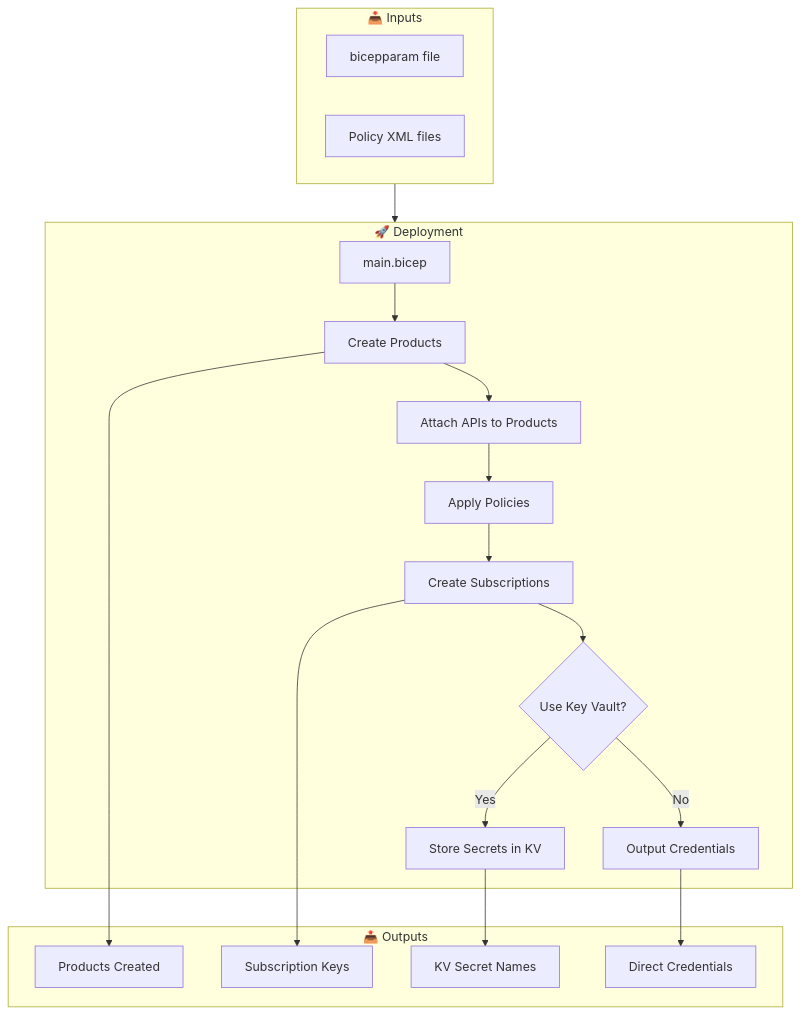
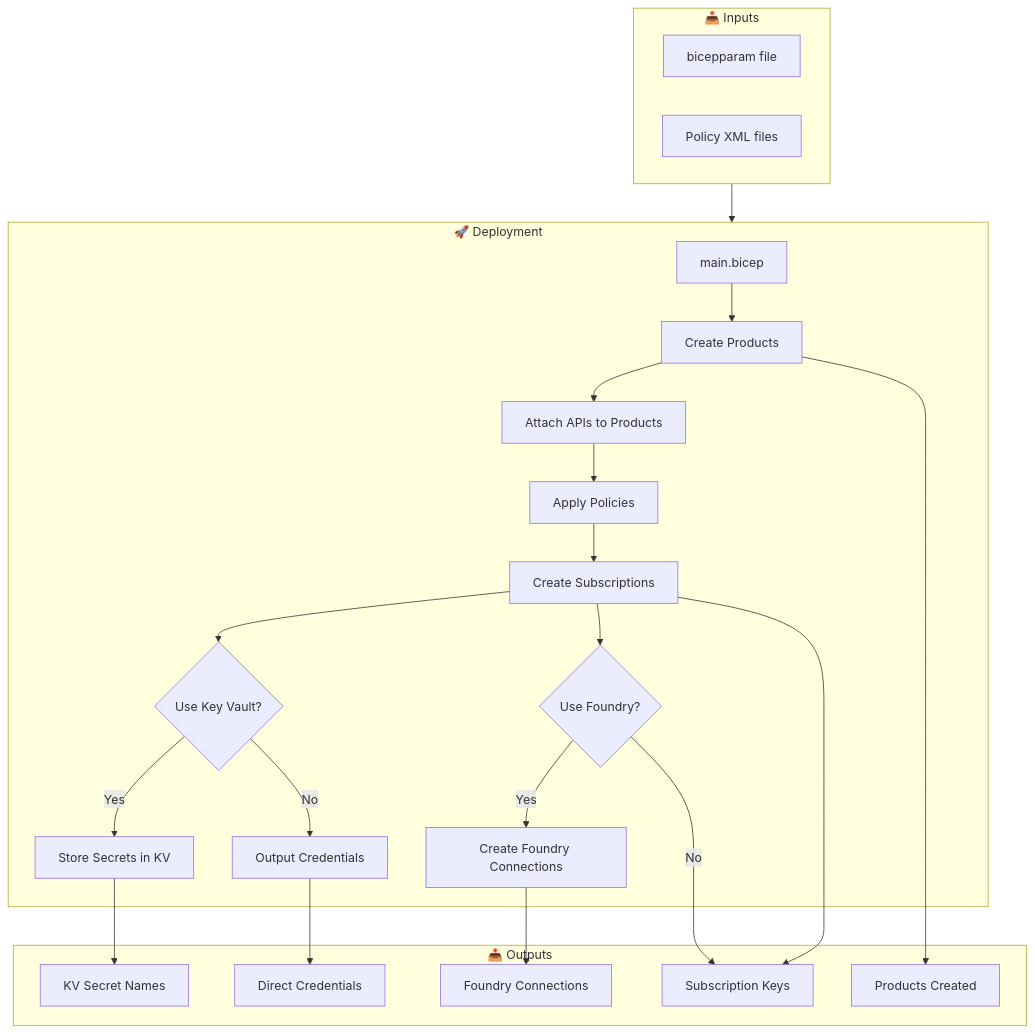
Before and after one commit to MSBrett/ai-hub-gateway-solution-accelerator: the first of 2 diagrams in bicep/infra/citadel-access-contracts/README.md, drawn with Mermaid. The commit also changed other lines of this file and 11 other files, not shown here.

````diff
--- a/bicep/infra/citadel-access-contracts/README.md
+++ b/bicep/infra/citadel-access-contracts/README.md
@@ -52,32 +55,38 @@
 ```mermaid
 flowchart TB
     subgraph Input["📥 Inputs"]
         P1[bicepparam file]
         P5[Policy XML files]
     end
 
     subgraph Deploy["🚀 Deployment"]
         D1[main.bicep]
         D2[Create Products]
         D3[Attach APIs to Products]
         D4[Apply Policies]
         D5[Create Subscriptions]
         D6{Use Key Vault?}
         D7[Store Secrets in KV]
         D8[Output Credentials]
+        D9{Use Foundry?}
+        D10[Create Foundry Connections]
     end
 
     subgraph Output["📤 Outputs"]
         O1[Products Created]
         O2[Subscription Keys]
         O3[KV Secret Names]
         O4[Direct Credentials]
+        O5[Foundry Connections]
     end
 
     Input --> Deploy
     D1 --> D2 --> D3 --> D4 --> D5 --> D6
     D6 -->|Yes| D7 --> O3
     D6 -->|No| D8 --> O4
+    D5 --> D9
+    D9 -->|Yes| D10 --> O5
+    D9 -->|No| O2
     D2 --> O1
     D5 --> O2
 ```
````
